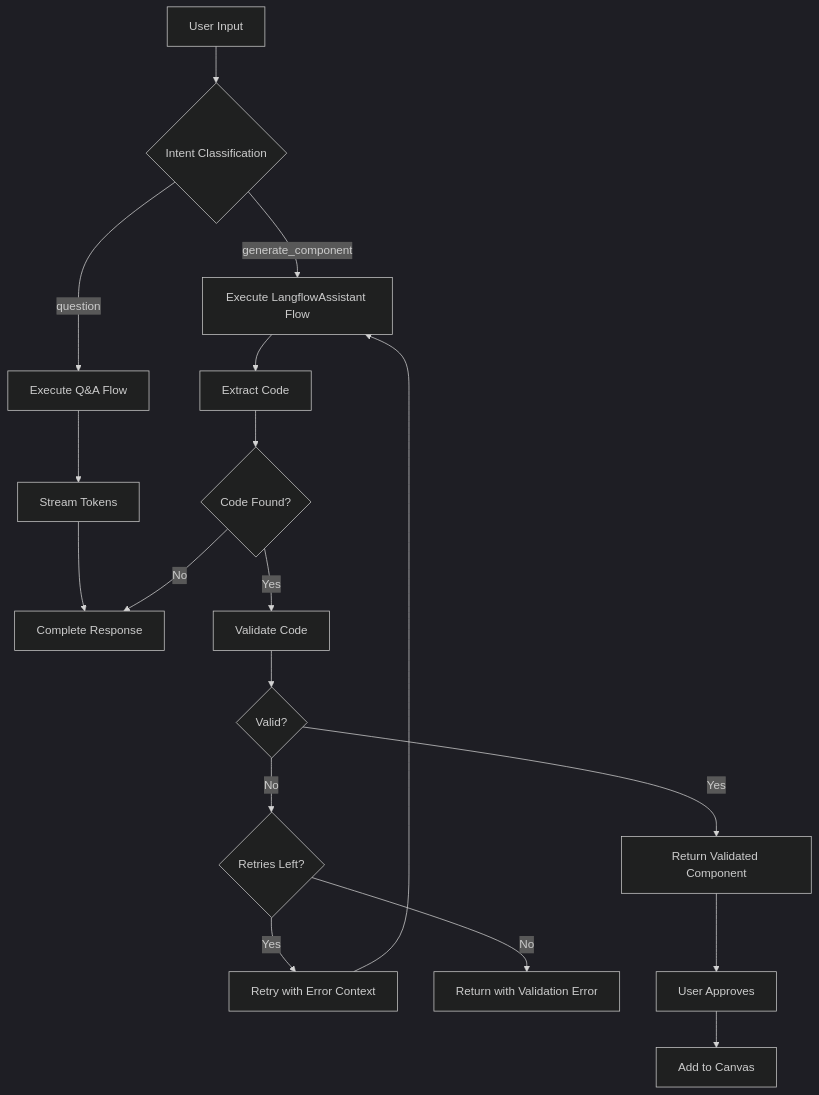
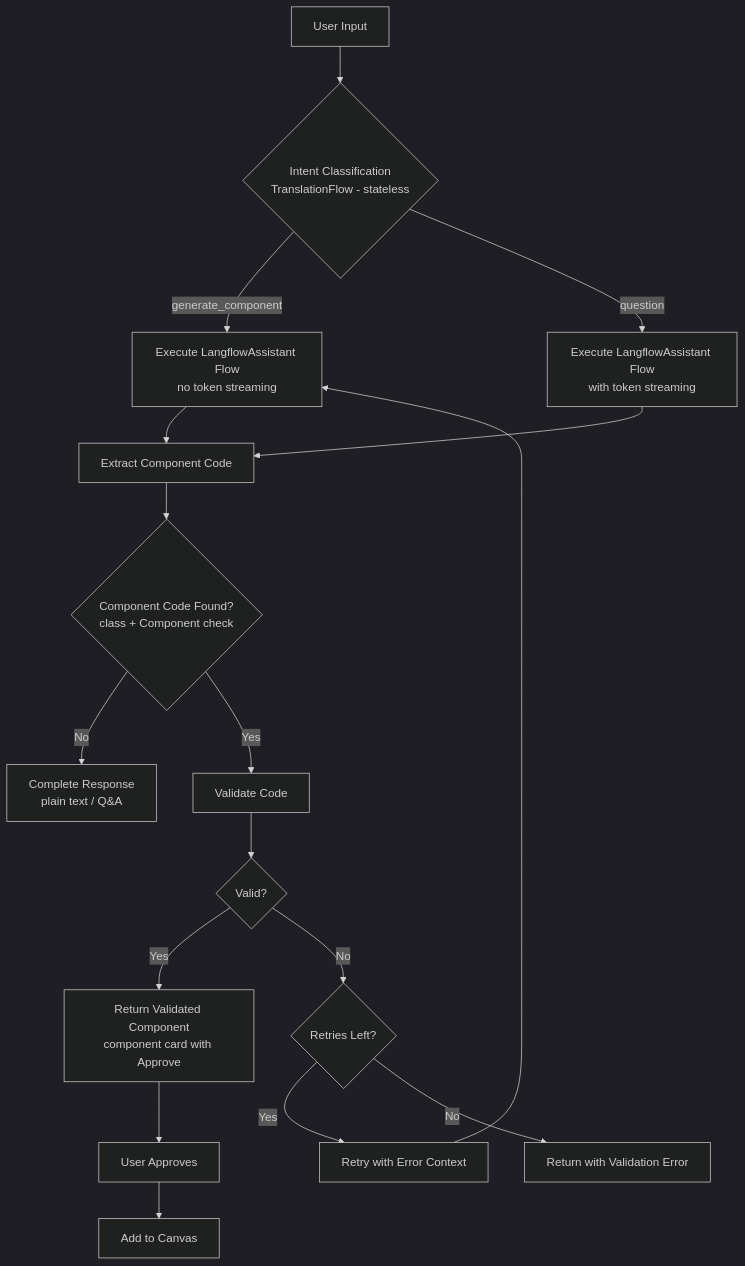
Before and after one commit to langflow-ai/langflow: the third of 3 diagrams in docs/features/langflow-assistant.md, drawn with Mermaid (dark theme). The commit also changed other lines of this file and 10 other files, not shown here.

````diff
--- a/docs/features/langflow-assistant.md
+++ b/docs/features/langflow-assistant.md
@@ -694,25 +883,24 @@
 ```mermaid
 flowchart TD
-    A[User Input] --> B{Intent Classification}
-    B -->|generate_component| C[Execute LangflowAssistant Flow]
-    B -->|question| D[Execute Q&A Flow]
+    A[User Input] --> B{Intent Classification<br/>TranslationFlow - stateless}
+    B -->|generate_component| C[Execute LangflowAssistant Flow<br/>no token streaming]
+    B -->|question| D[Execute LangflowAssistant Flow<br/>with token streaming]
 
-    D --> E[Stream Tokens]
-    E --> F[Complete Response]
+    C --> G[Extract Component Code]
+    D --> G
 
-    C --> G[Extract Code]
-    G --> H{Code Found?}
-    H -->|No| F
+    G --> H{Component Code Found?<br/>class + Component check}
+    H -->|No| F[Complete Response<br/>plain text / Q&A]
     H -->|Yes| I[Validate Code]
 
     I --> J{Valid?}
-    J -->|Yes| K[Return Validated Component]
+    J -->|Yes| K[Return Validated Component<br/>component card with Approve]
     J -->|No| L{Retries Left?}
 
     L -->|Yes| M[Retry with Error Context]
     M --> C
     L -->|No| N[Return with Validation Error]
 
     K --> O[User Approves]
     O --> P[Add to Canvas]
 ```
````
